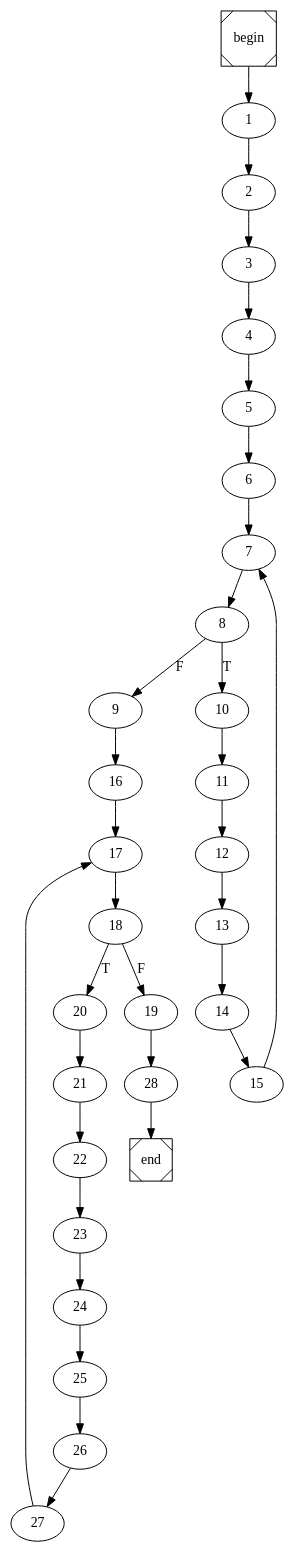
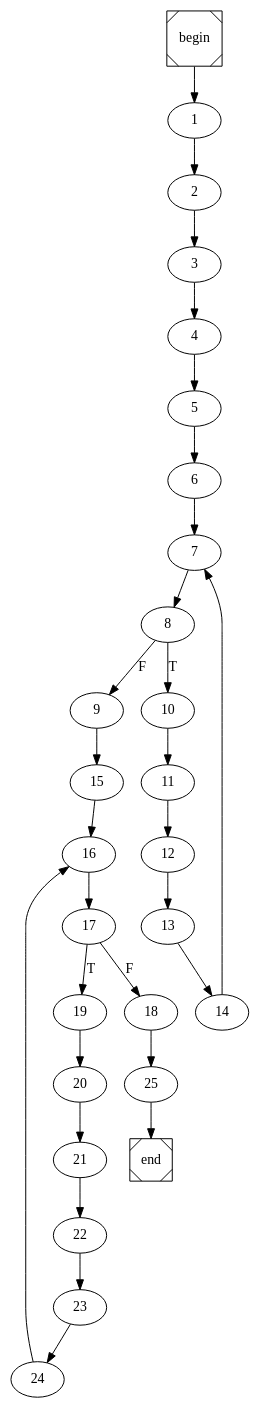
One commit to arubenruben/JMM-Compiler changed the diagram in concat_int_arr_int_arr.dot. Above: the diagram before and after it, drawn with Graphviz. The commit also changed 14 other files, not shown here.

```diff
--- a/concat_int_arr_int_arr.dot
+++ b/concat_int_arr_int_arr.dot
@@ -1,4 +1,4 @@
 digraph cfg {
 	begin [shape=Msquare];
 	end [shape=Msquare];
-	begin -> 1;	1 -> 2;	2 -> 3;	3 -> 4;	4 -> 5;	5 -> 6;	6 -> 7;	7 -> 8;	8 -> 10[label=T];	8 -> 9[label=F];	9 -> 16;	10 -> 11;	11 -> 12;	12 -> 13;	13 -> 14;	14 -> 15;	15 -> 7;	16 -> 17;	17 -> 18;	18 -> 20[label=T];	18 -> 19[label=F];	19 -> 28;	20 -> 21;	21 -> 22;	22 -> 23;	23 -> 24;	24 -> 25;	25 -> 26;	26 -> 27;	27 -> 17;	28 -> end;}
+	begin -> 1;	1 -> 2;	2 -> 3;	3 -> 4;	4 -> 5;	5 -> 6;	6 -> 7;	7 -> 8;	8 -> 10[label=T];	8 -> 9[label=F];	9 -> 15;	10 -> 11;	11 -> 12;	12 -> 13;	13 -> 14;	14 -> 7;	15 -> 16;	16 -> 17;	17 -> 19[label=T];	17 -> 18[label=F];	18 -> 25;	19 -> 20;	20 -> 21;	21 -> 22;	22 -> 23;	23 -> 24;	24 -> 16;	25 -> end;}
```
